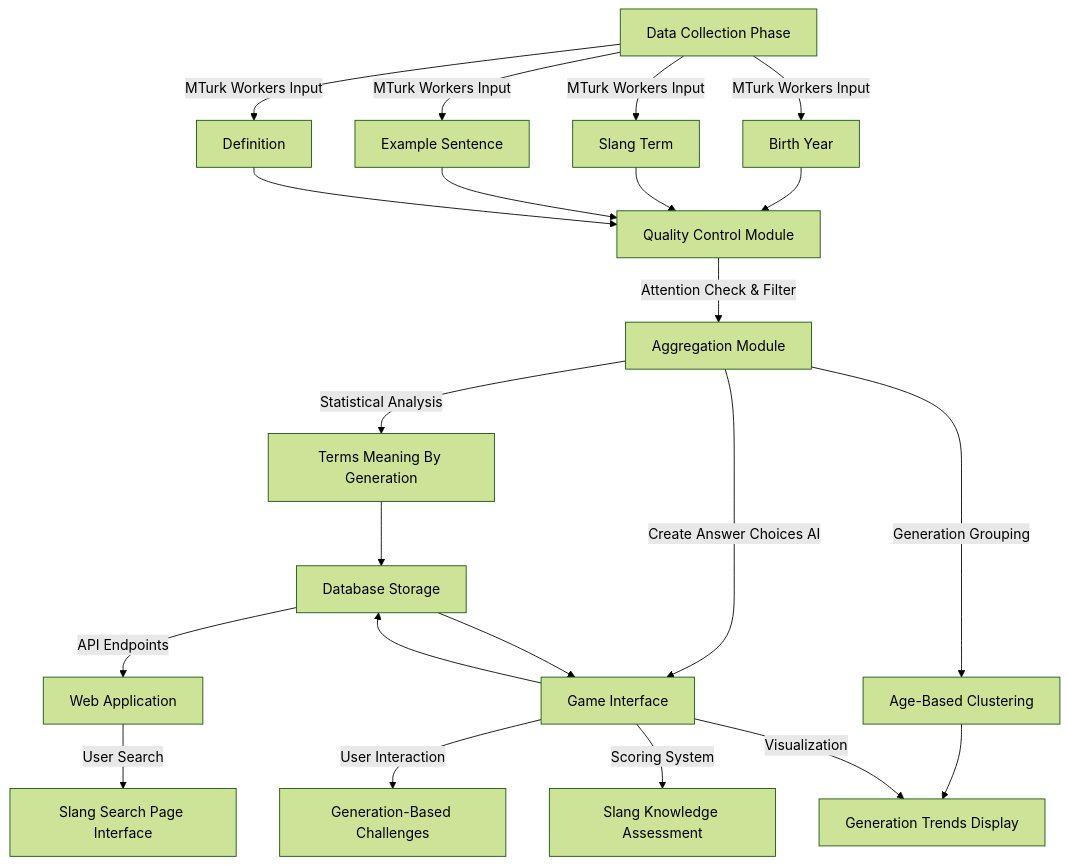
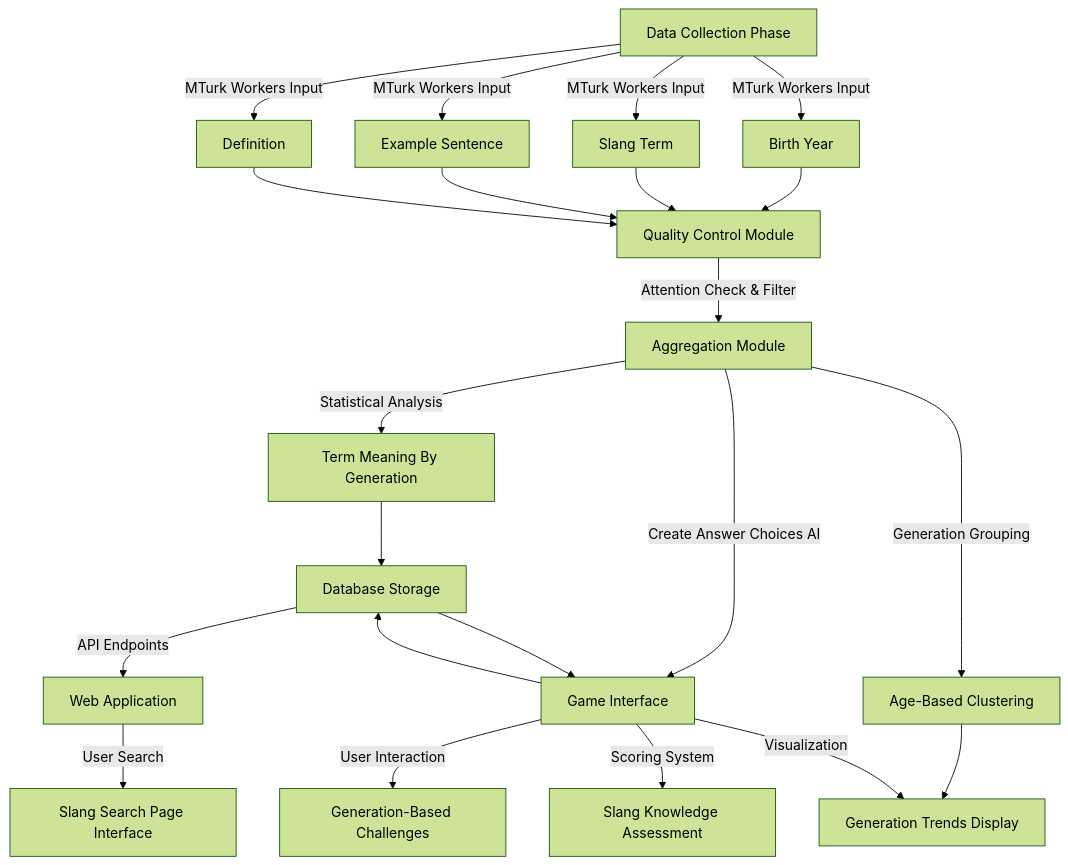
Before and after one commit to qareeb19/nets-2130: the diagram in flowchat2.md, drawn with Mermaid (forest theme).

````diff
--- a/flowchat2.md
+++ b/flowchat2.md
@@ -1,32 +1,32 @@
 ```mermaid
 flowchart TD
     A[Data Collection Phase] --> |MTurk Workers Input| A1[Birth Year]
     A --> |MTurk Workers Input| A2[Slang Term]
     A --> |MTurk Workers Input| A3[Example Sentence]
     A --> |MTurk Workers Input| A4[Definition]
 
     A1 --> B[Quality Control Module]
     A2 --> B
     A3 --> B
     A4 --> B
 
     B --> |Attention Check & Filter| C[Aggregation Module]
 
-    C --> |Statistical Analysis| C2[Terms Meaning By Generation]
+    C --> |Statistical Analysis| C2[Term Meaning By Generation]
     C --> |Generation Grouping| C3[Age-Based Clustering]
 
 
 
     C2 --> E
     C3 --> D3
 
     C --> |Create Answer Choices AI| D[Game Interface]
     D --> |User Interaction| D1[Generation-Based Challenges]
     D --> |Scoring System| D2[Slang Knowledge Assessment]
     D --> |Visualization| D3[Generation Trends Display]
 
     D --> E[Database Storage]
     E --> D
     E --> |API Endpoints| F[Web Application]
     F --> |User Search| G[Slang Search Page Interface]
 ```
````
